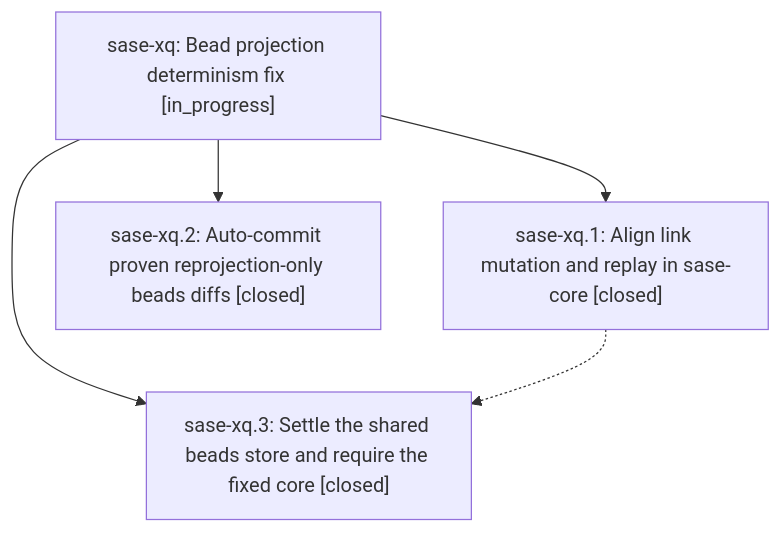
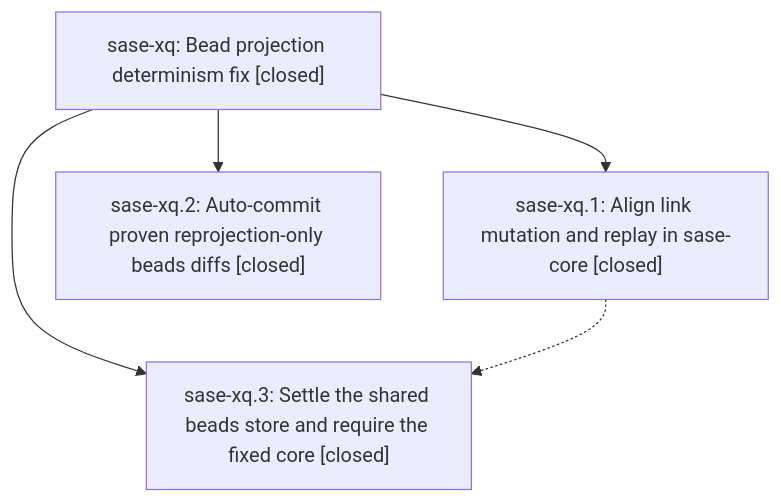
Before and after one commit to sase-org/sase--beads: the diagram in pages/sase-xq/README.md, drawn with Mermaid. The commit also changed other lines of this file, not shown here.

First line of the commit message:
chore(beads): sync bead state and pages for sase-xq

````diff
--- a/pages/sase-xq/README.md
+++ b/pages/sase-xq/README.md
@@ -36,11 +74,11 @@
 ```mermaid
 flowchart TD
-    n0["sase-xq: Bead projection determinism fix [in_progress]"]
+    n0["sase-xq: Bead projection determinism fix [closed]"]
     n1["sase-xq.1: Align link mutation and replay in sase-core [closed]"]
     n2["sase-xq.2: Auto-commit proven reprojection-only beads diffs [closed]"]
     n3["sase-xq.3: Settle the shared beads store and require the fixed core [closed]"]
     n0 --> n1
     n0 --> n2
     n0 --> n3
     n1 -.-> n3
 ```
````
